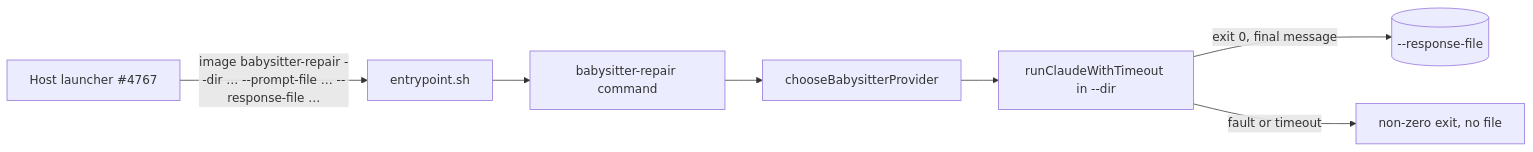
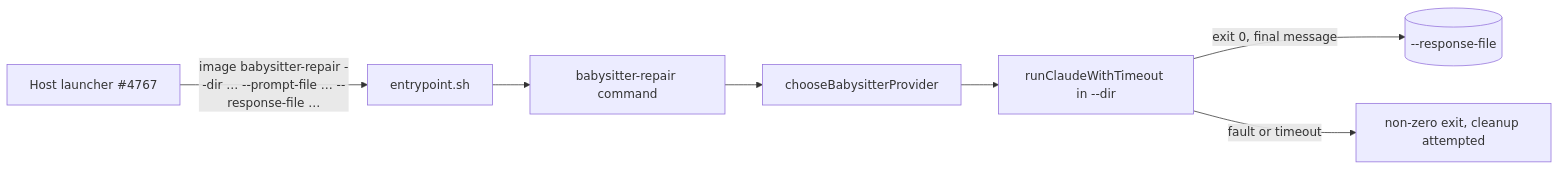
One commit to stSoftwareAU/VibeCoder changed the diagram in docs/archive/pr-summaries/pr-summary-4768.md. Above: the diagram before and after it, drawn with Mermaid. The commit also changed other lines of this file and 1 other file, not shown here.

````diff
--- a/docs/archive/pr-summaries/pr-summary-4768.md
+++ b/docs/archive/pr-summaries/pr-summary-4768.md
@@ -13,9 +14,9 @@
 ```mermaid
 flowchart LR
     H[Host launcher #4767] -->|"image babysitter-repair --dir … --prompt-file … --response-file …"| E[entrypoint.sh]
     E --> C[babysitter-repair command]
     C --> P[chooseBabysitterProvider]
     P --> R[runClaudeWithTimeout in --dir]
     R -->|exit 0, final message| W[(--response-file)]
-    R -->|fault or timeout| X[non-zero exit, no file]
+    R -->|fault or timeout| X[non-zero exit, cleanup attempted]
 ```
````
